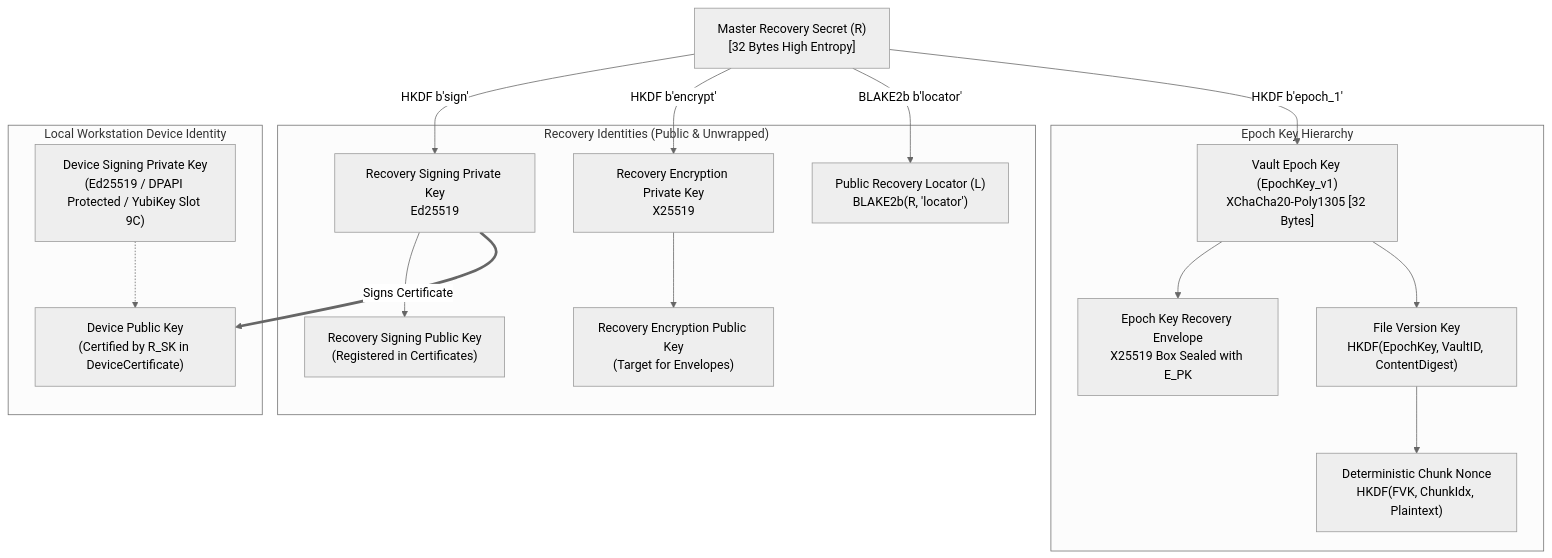
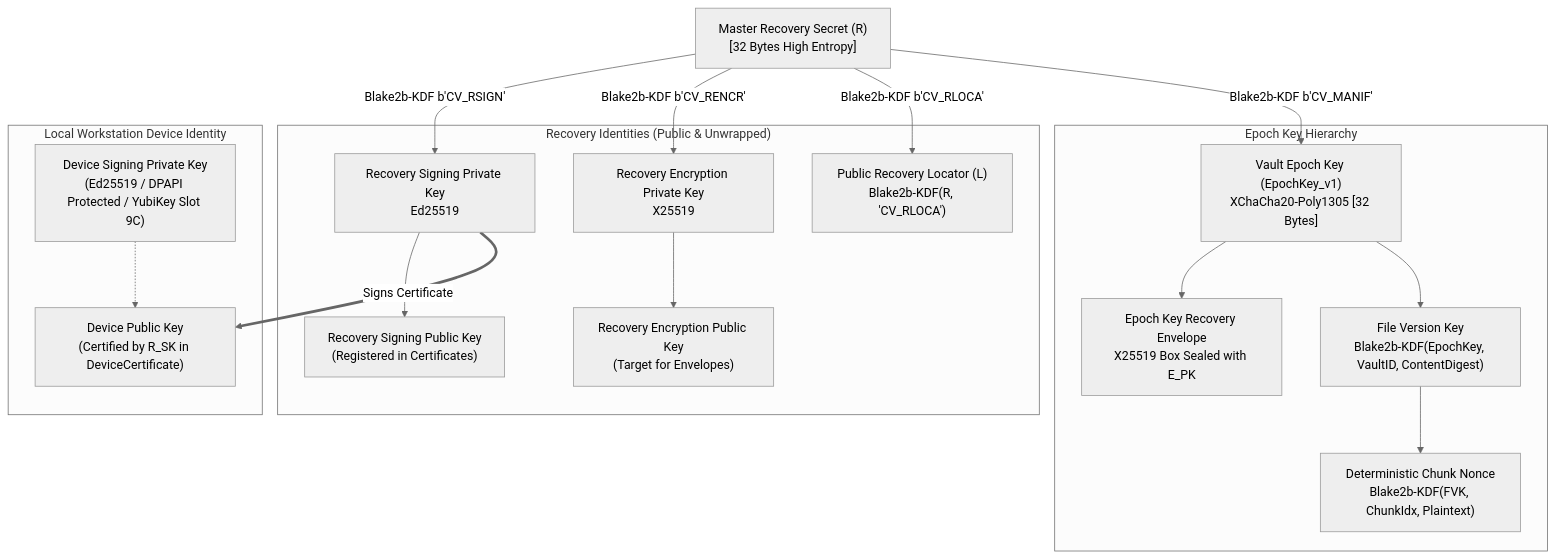
One commit to samuel-1-avson/CipherVault changed the second of 14 diagrams in docs/SYSTEM_WORKFLOW.md. Above: the diagram before and after it, drawn with Mermaid (neutral theme). The commit also changed other lines of this file and 37 other files, not shown here.

Commit message:
docs: overhaul documentation suite, clean secrets, add diagrams, and organize archives

````diff
--- a/docs/SYSTEM_WORKFLOW.md
+++ b/docs/SYSTEM_WORKFLOW.md
@@ -120,33 +113,33 @@
 ```mermaid
 graph TD
     R["Master Recovery Secret (R)\n[32 Bytes High Entropy]"]
     
     subgraph RecoveryIdentities ["Recovery Identities (Public & Unwrapped)"]
         R_SK["Recovery Signing Private Key\nEd25519"]
         R_PK["Recovery Signing Public Key\n(Registered in Certificates)"]
         E_SK["Recovery Encryption Private Key\nX25519"]
         E_PK["Recovery Encryption Public Key\n(Target for Envelopes)"]
-        LOC["Public Recovery Locator (L)\nBLAKE2b(R, 'locator')"]
+        LOC["Public Recovery Locator (L)\nBlake2b-KDF(R, 'CV_RLOCA')"]
     end
 
     subgraph EpochKeys ["Epoch Key Hierarchy"]
         EPOCH["Vault Epoch Key (EpochKey_v1)\nXChaCha20-Poly1305 [32 Bytes]"]
         ENV["Epoch Key Recovery Envelope\nX25519 Box Sealed with E_PK"]
-        FVK["File Version Key\nHKDF(EpochKey, VaultID, ContentDigest)"]
-        NONCE["Deterministic Chunk Nonce\nHKDF(FVK, ChunkIdx, Plaintext)"]
+        FVK["File Version Key\nBlake2b-KDF(EpochKey, VaultID, ContentDigest)"]
+        NONCE["Deterministic Chunk Nonce\nBlake2b-KDF(FVK, ChunkIdx, Plaintext)"]
     end
 
     subgraph DeviceIdentity ["Local Workstation Device Identity"]
         DEV_SK["Device Signing Private Key\n(Ed25519 / DPAPI Protected / YubiKey Slot 9C)"]
         DEV_PK["Device Public Key\n(Certified by R_SK in DeviceCertificate)"]
     end
 
-    R -->|HKDF b'sign'| R_SK --> R_PK
-    R -->|HKDF b'encrypt'| E_SK --> E_PK
-    R -->|BLAKE2b b'locator'| LOC
-    R -->|HKDF b'epoch_1'| EPOCH
+    R -->|Blake2b-KDF b'CV_RSIGN'| R_SK --> R_PK
+    R -->|Blake2b-KDF b'CV_RENCR'| E_SK --> E_PK
+    R -->|Blake2b-KDF b'CV_RLOCA'| LOC
+    R -->|Blake2b-KDF b'CV_MANIF'| EPOCH
     EPOCH --> ENV
     EPOCH --> FVK --> NONCE
     R_SK ==>|Signs Certificate| DEV_PK
     DEV_SK -.-> DEV_PK
 ```
````
